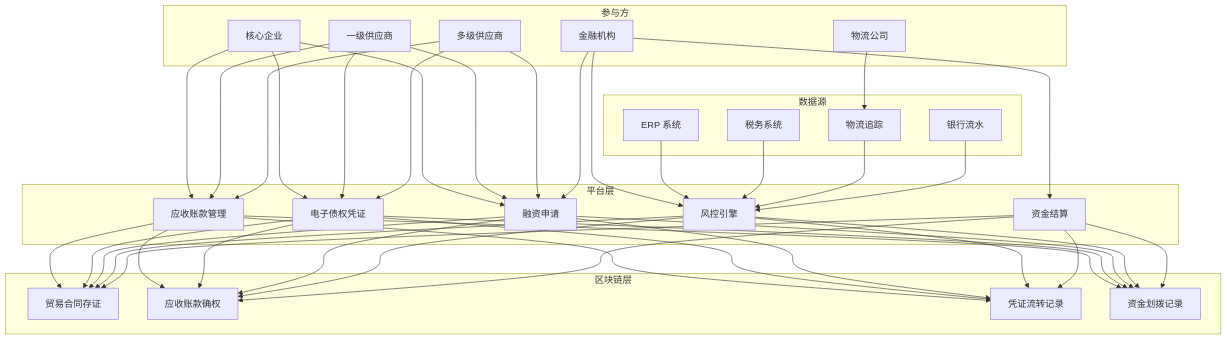
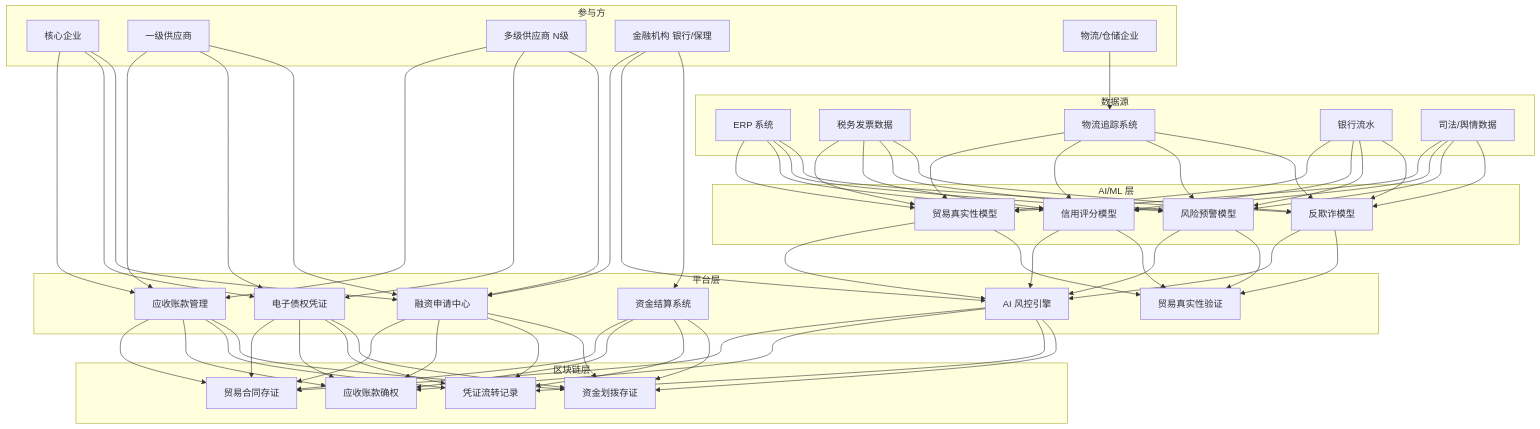
Before and after one commit to kudig-io/kudig-database: the first of 2 diagrams in topic-application-architecture/38-supply-chain-finance.md, drawn with Mermaid. The commit also changed other lines of this file and 8633 other files, not shown here.

````diff
--- a/topic-application-architecture/38-supply-chain-finance.md
+++ b/topic-application-architecture/38-supply-chain-finance.md
@@ -49,38 +131,48 @@
 ```mermaid
 graph TB
-    subgraph 参与方
+    subgraph Participants["参与方"]
         P1[核心企业]
         P2[一级供应商]
-        P3[多级供应商]
-        P4[金融机构]
-        P5[物流公司]
+        P3[多级供应商 N级]
+        P4[金融机构 银行/保理]
+        P5[物流/仓储企业]
     end
 
-    subgraph 平台层
+    subgraph PlatformLayer["平台层"]
         PL1[应收账款管理]
         PL2[电子债权凭证]
-        PL3[融资申请]
-        PL4[风控引擎]
-        PL5[资金结算]
+        PL3[融资申请中心]
+        PL4[AI 风控引擎]
+        PL5[资金结算系统]
+        PL6[贸易真实性验证]
     end
 
-    subgraph 区块链层
+    subgraph BlockchainLayer["区块链层"]
         B1[贸易合同存证]
         B2[应收账款确权]
         B3[凭证流转记录]
-        B4[资金划拨记录]
+        B4[资金划拨存证]
     end
 
-    subgraph 数据源
+    subgraph DataSource["数据源"]
         D1[ERP 系统]
-        D2[税务系统]
-        D3[物流追踪]
+        D2[税务发票数据]
+        D3[物流追踪系统]
         D4[银行流水]
+        D5[司法/舆情数据]
+    end
+
+    subgraph AILayer["AI/ML 层"]
+        AI1[贸易真实性模型]
+        AI2[信用评分模型]
+        AI3[风险预警模型]
+        AI4[反欺诈模型]
     end
 
     P1 & P2 & P3 --> PL1 & PL2 & PL3
     P4 --> PL3 & PL4 & PL5
     P5 --> D3
     PL1 & PL2 & PL3 & PL4 & PL5 --> B1 & B2 & B3 & B4
-    D1 & D2 & D3 & D4 --> PL4
+    D1 & D2 & D3 & D4 & D5 --> AI1 & AI2 & AI3 & AI4
+    AI1 & AI2 & AI3 & AI4 --> PL4 & PL6
 ```
````
